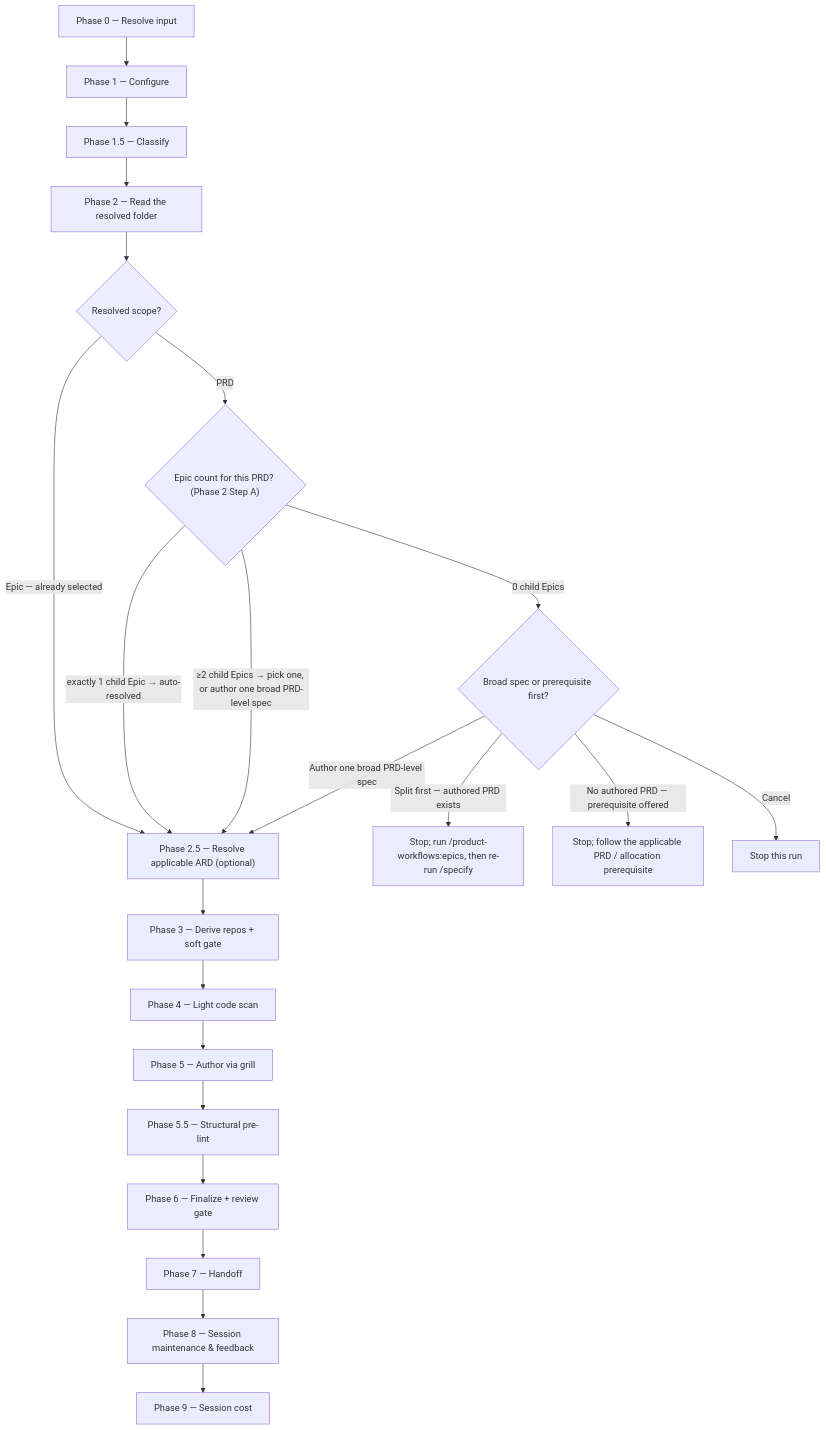
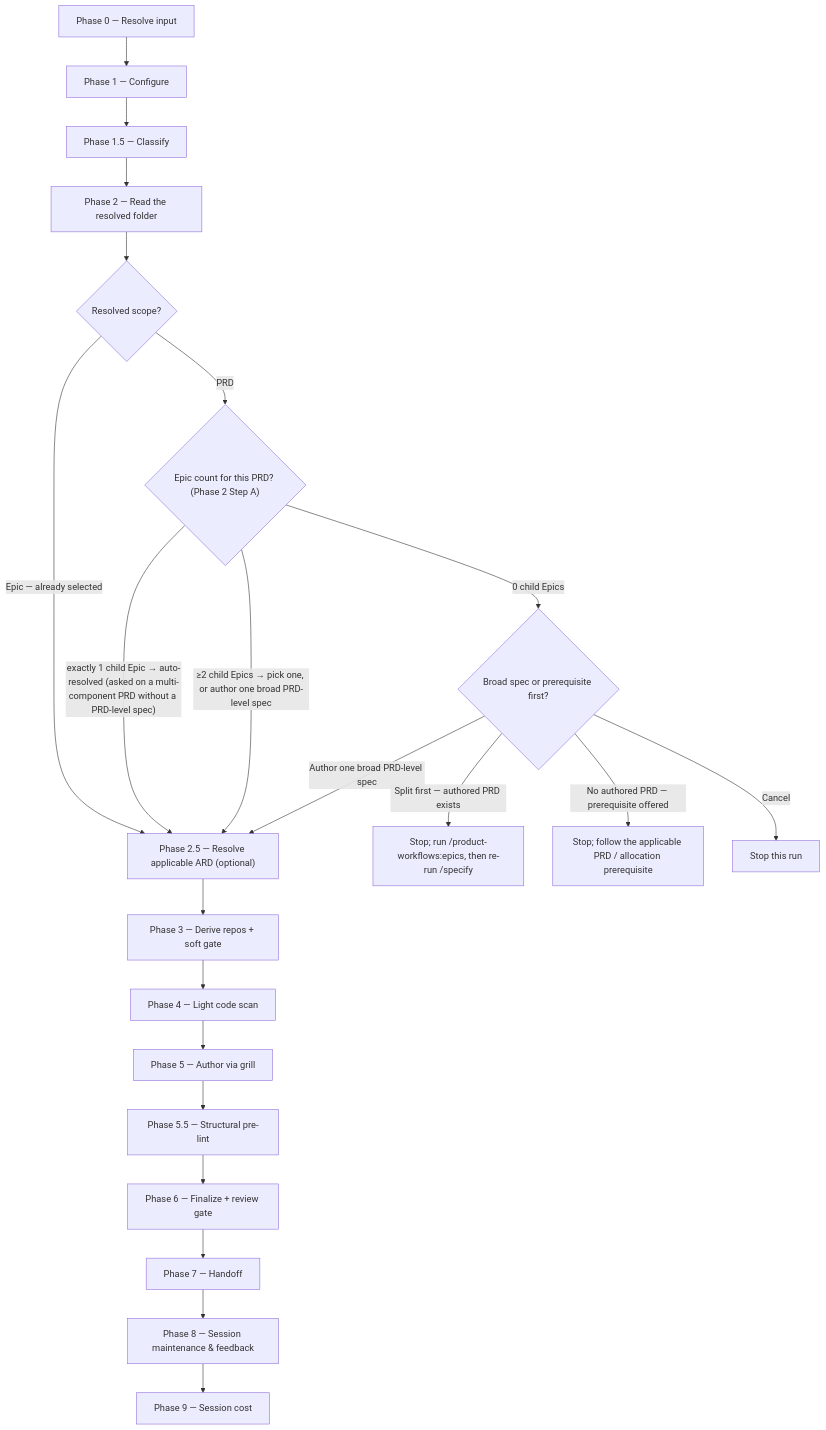
The diagram in plugins/product-workflows/docs/commands/specify.md (ihudak/ai-workflows), drawn with Mermaid before and after one commit. The commit also changed other lines of this file and 19 other files, not shown here.

First line of the commit message:
fix: review round 4 — coverage-gap remedies name the Epic; existing interfaces need no contract Epic or stub; /specify's one-Epic question copies; prd.md conditions; design-reviewer sees the Contract lines

````diff
--- a/plugins/product-workflows/docs/commands/specify.md
+++ b/plugins/product-workflows/docs/commands/specify.md
@@ -33,24 +33,24 @@
 ```mermaid
 flowchart TD
     p0["Phase 0 — Resolve input"] --> p1["Phase 1 — Configure"]
     p1 --> p15["Phase 1.5 — Classify"]
     p15 --> p2["Phase 2 — Read the resolved folder"]
     p2 --> scope{"Resolved scope?"}
     scope -->|Epic — already selected| p25["Phase 2.5 — Resolve applicable ARD (optional)"]
     scope -->|PRD| d1{"Epic count for this PRD? (Phase 2 Step A)"}
-    d1 -- "exactly 1 child Epic → auto-resolved" --> p25
+    d1 -- "exactly 1 child Epic → auto-resolved (asked on a multi-component PRD without a PRD-level spec)" --> p25
     d1 -- "≥2 child Epics → pick one, or author one broad PRD-level spec" --> p25
     d1 -->|"0 child Epics"| noepics{"Broad spec or prerequisite first?"}
     noepics -->|"Author one broad PRD-level spec"| p25
     noepics -->|"Split first — authored PRD exists"| split["Stop; run /product-workflows:epics, then re-run /specify"]
     noepics -->|"No authored PRD — prerequisite offered"| prerequisite["Stop; follow the applicable PRD / allocation prerequisite"]
     noepics -->|Cancel| cancel["Stop this run"]
     p25 --> p3["Phase 3 — Derive repos + soft gate"]
     p3 --> p4["Phase 4 — Light code scan"]
     p4 --> p5["Phase 5 — Author via grill"]
     p5 --> p55["Phase 5.5 — Structural pre-lint"]
     p55 --> p6["Phase 6 — Finalize + review gate"]
     p6 --> p7["Phase 7 — Handoff"]
     p7 --> p8["Phase 8 — Session maintenance & feedback"]
     p8 --> p9["Phase 9 — Session cost"]
 ```
````
